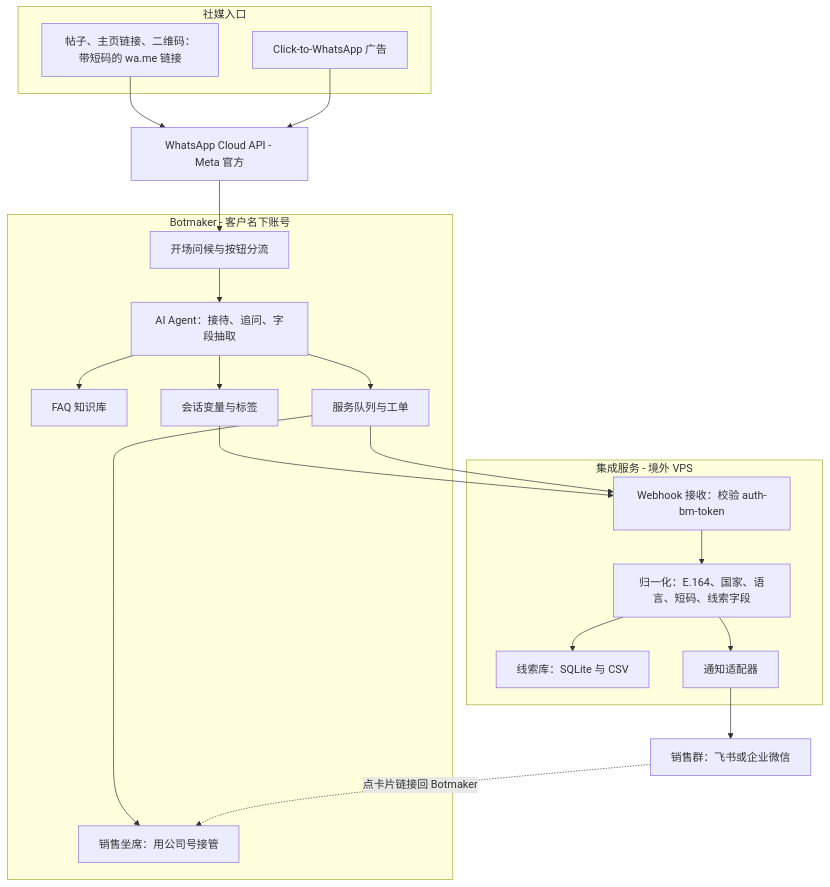
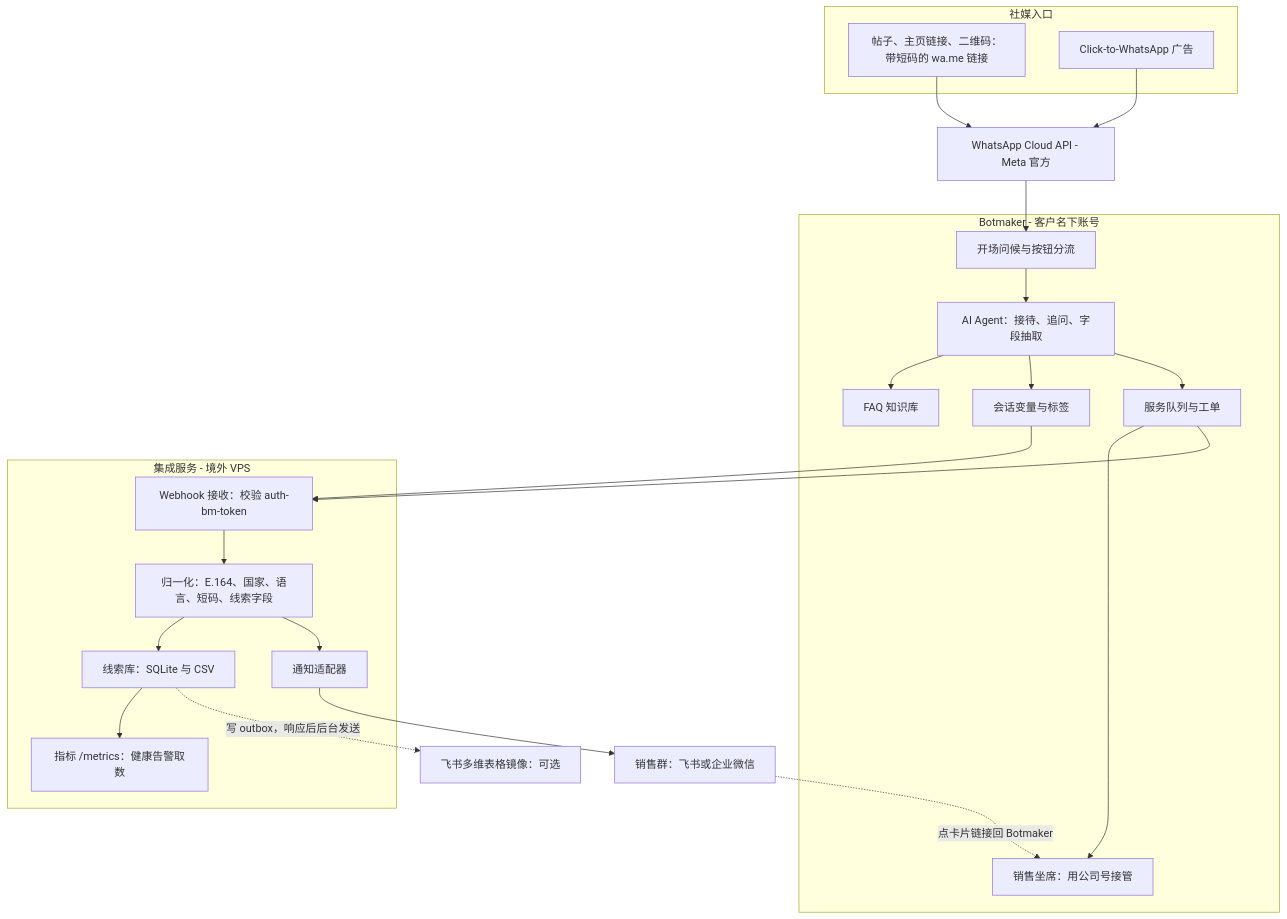
Before and after one commit to TomwaltW/tromox-whatsapp-mvp: the first of 2 diagrams in 01-design/architecture.md, drawn with Mermaid. The commit also changed other lines of this file and 2 other files, not shown here.

Commit message:
设计文档：架构文档补第 3–7 轮的组件与数据流（指标、outbox 镜像、周报 / 演示 / 删除 / 保留 / 样本、部署套件），新增 ADR 0007 远程镜像走 outbox 异步

````diff
--- a/01-design/architecture.md
+++ b/01-design/architecture.md
@@ -20,38 +20,42 @@
 ```mermaid
 flowchart TD
     subgraph SRC["社媒入口"]
         S1["帖子、主页链接、二维码：带短码的 wa.me 链接"]
         S2["Click-to-WhatsApp 广告"]
     end
     WA["WhatsApp Cloud API - Meta 官方"]
     subgraph BM["Botmaker - 客户名下账号"]
         F1["开场问候与按钮分流"]
         AG["AI Agent：接待、追问、字段抽取"]
         KB["FAQ 知识库"]
         VAR["会话变量与标签"]
         Q["服务队列与工单"]
         HUM["销售坐席：用公司号接管"]
     end
     subgraph SVC["集成服务 - 境外 VPS"]
         WH["Webhook 接收：校验 auth-bm-token"]
         NORM["归一化：E.164、国家、语言、短码、线索字段"]
         DB["线索库：SQLite 与 CSV"]
         NT["通知适配器"]
+        MET["指标 /metrics：健康告警取数"]
     end
     GRP["销售群：飞书或企业微信"]
+    BIT["飞书多维表格镜像：可选"]
     S1 --> WA
     S2 --> WA
     WA --> F1
     F1 --> AG
     AG --> KB
     AG --> VAR
     AG --> Q
     Q --> HUM
     VAR --> WH
     Q --> WH
     WH --> NORM
     NORM --> DB
     NORM --> NT
+    DB --> MET
+    DB -.->|"写 outbox，响应后后台发送"| BIT
     NT --> GRP
     GRP -.->|"点卡片链接回 Botmaker"| HUM
 ```
````
